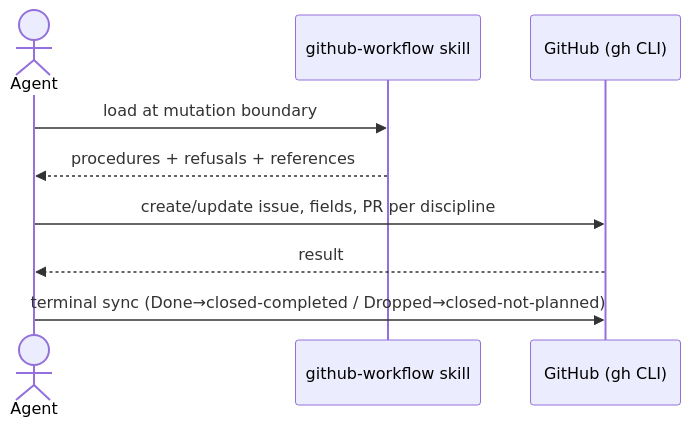
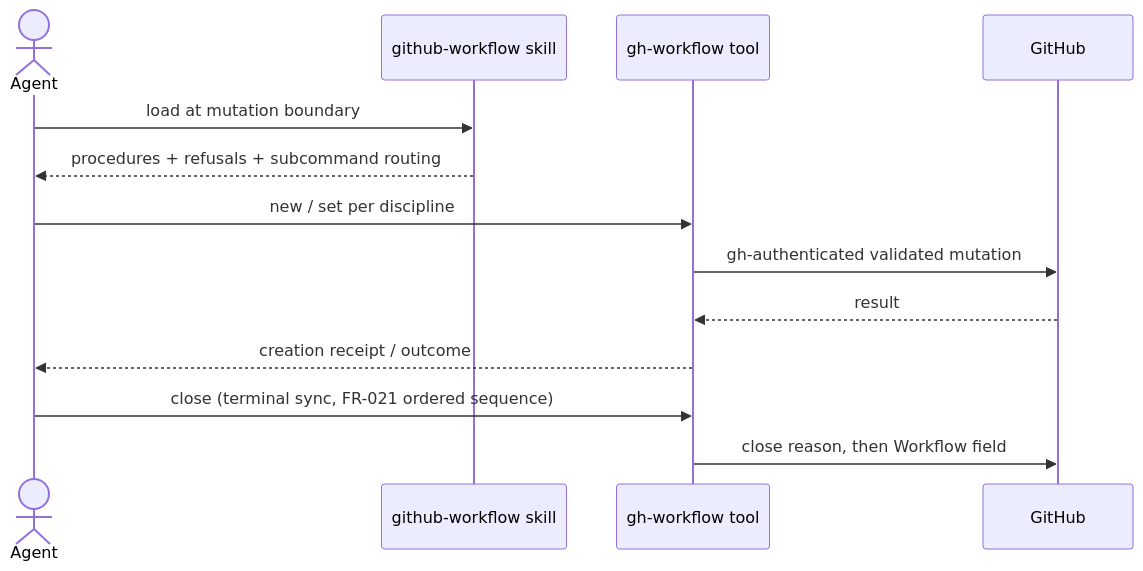
Before and after one commit to L3DigitalNet/project-standards: the second of 2 diagrams in docs/specs/2026-08-06-github-workflow-package-spec.md, drawn with Mermaid.

Commit message:
docs: route the SPEC-GHW1 primary-workflow diagram through the tool

````diff
--- a/docs/specs/2026-08-06-github-workflow-package-spec.md
+++ b/docs/specs/2026-08-06-github-workflow-package-spec.md
@@ -336,12 +336,16 @@
 ```mermaid
 sequenceDiagram
     actor Agent
     participant Skill as github-workflow skill
-    participant GH as GitHub (gh CLI)
+    participant Tool as gh-workflow tool
+    participant GH as GitHub
 
     Agent->>Skill: load at mutation boundary
-    Skill-->>Agent: procedures + refusals + references
-    Agent->>GH: create/update issue, fields, PR per discipline
-    GH-->>Agent: result
-    Agent->>GH: terminal sync (Done→closed-completed / Dropped→closed-not-planned)
+    Skill-->>Agent: procedures + refusals + subcommand routing
+    Agent->>Tool: new / set per discipline
+    Tool->>GH: gh-authenticated validated mutation
+    GH-->>Tool: result
+    Tool-->>Agent: creation receipt / outcome
+    Agent->>Tool: close (terminal sync, FR-021 ordered sequence)
+    Tool->>GH: close reason, then Workflow field
 ```
````
